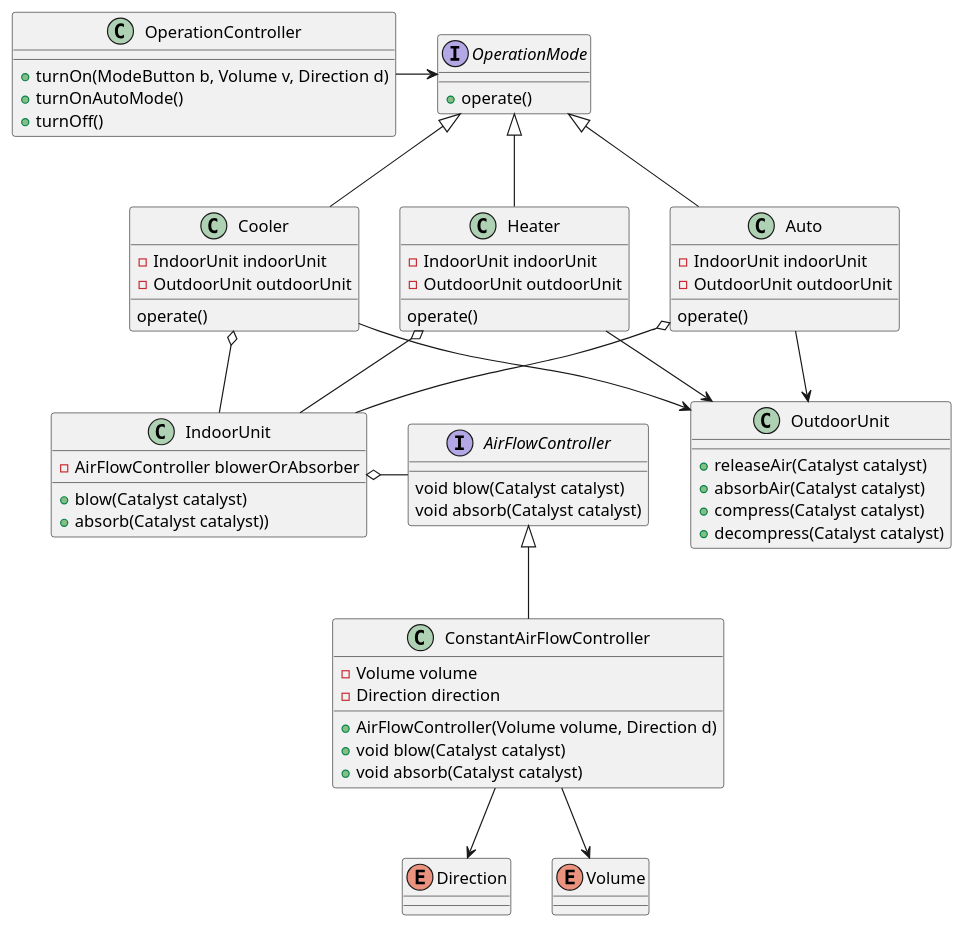
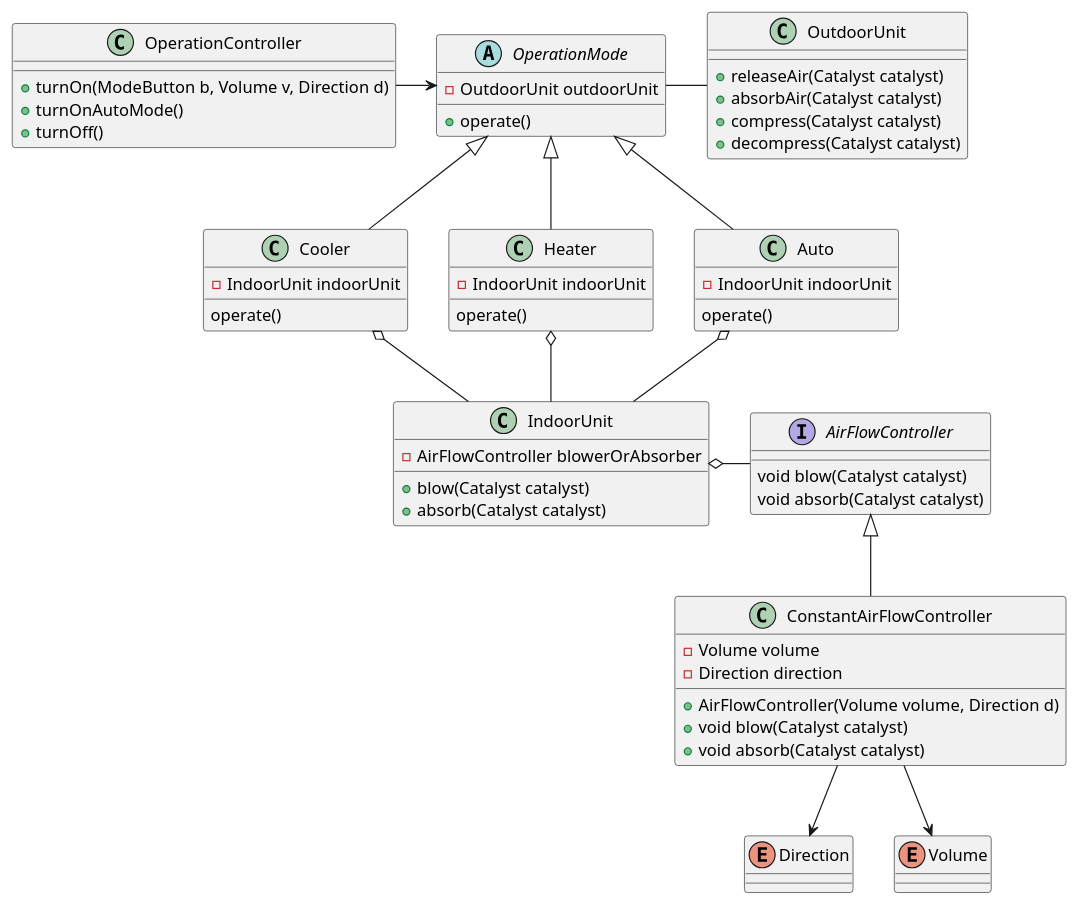
One commit to yatakeke/modeling-training changed the diagram in air-conditioner.puml. Above: the diagram before and after it, drawn with PlantUML.

Commit message:
outdoor unitは共通であるため

```diff
--- a/air-conditioner.puml
+++ b/air-conditioner.puml
@@ -1,93 +1,90 @@
 @startuml
 'https://plantuml.com/class-diagram
 
 '基本的には冷房と暖房の２つしか選べない
 '風向の指定しかできない
 '温度センサー未実装
 
 class OperationController {
 +turnOn(ModeButton b, Volume v, Direction d)
 +turnOnAutoMode()
 +turnOff()
 }
 
 OperationController -right-> OperationMode
 
-interface OperationMode {
+abstract class OperationMode {
+-OutdoorUnit outdoorUnit
 +operate()
 }
 
 OperationMode <|-- Cooler
 OperationMode <|-- Heater
 OperationMode <|-- Auto
 
+OperationMode -right- OutdoorUnit
+
 class Cooler {
 -IndoorUnit indoorUnit
--OutdoorUnit outdoorUnit
 operate()
 }
 
 Cooler o-- IndoorUnit
-Cooler --> OutdoorUnit
 
 class Heater {
 -IndoorUnit indoorUnit
--OutdoorUnit outdoorUnit
 operate()
 }
 
 Heater o-- IndoorUnit
-Heater --> OutdoorUnit
 
 class Auto {
 -IndoorUnit indoorUnit
--OutdoorUnit outdoorUnit
 operate()
 }
 
 Auto o-- IndoorUnit
-Auto --> OutdoorUnit
 
 
 '意図がindoorUnitと少し違うことを明確にするためにあえて違う名前にしてみた
 class OutdoorUnit {
 +releaseAir(Catalyst catalyst)
 +absorbAir(Catalyst catalyst)
 +compress(Catalyst catalyst)
 +decompress(Catalyst catalyst)
 }
 
 class IndoorUnit {
 -AirFlowController blowerOrAbsorber
 +blow(Catalyst catalyst)
-+absorb(Catalyst catalyst))
++absorb(Catalyst catalyst)
 }
 
 IndoorUnit o-right- AirFlowController
 
 interface AirFlowController {
 void blow(Catalyst catalyst)
 void absorb(Catalyst catalyst)
 }
 
 AirFlowController <|-- ConstantAirFlowController
 'TODO: autoとかの実装を後ほどする
 
 class ConstantAirFlowController {
 -Volume volume
 -Direction direction
 +AirFlowController(Volume volume, Direction d)
 +void blow(Catalyst catalyst)
 +void absorb(Catalyst catalyst)
 }
 
 ConstantAirFlowController --> Direction
 ConstantAirFlowController --> Volume
 
 enum Direction {
 }
 
 enum Volume {
 }
 
 @enduml
```
